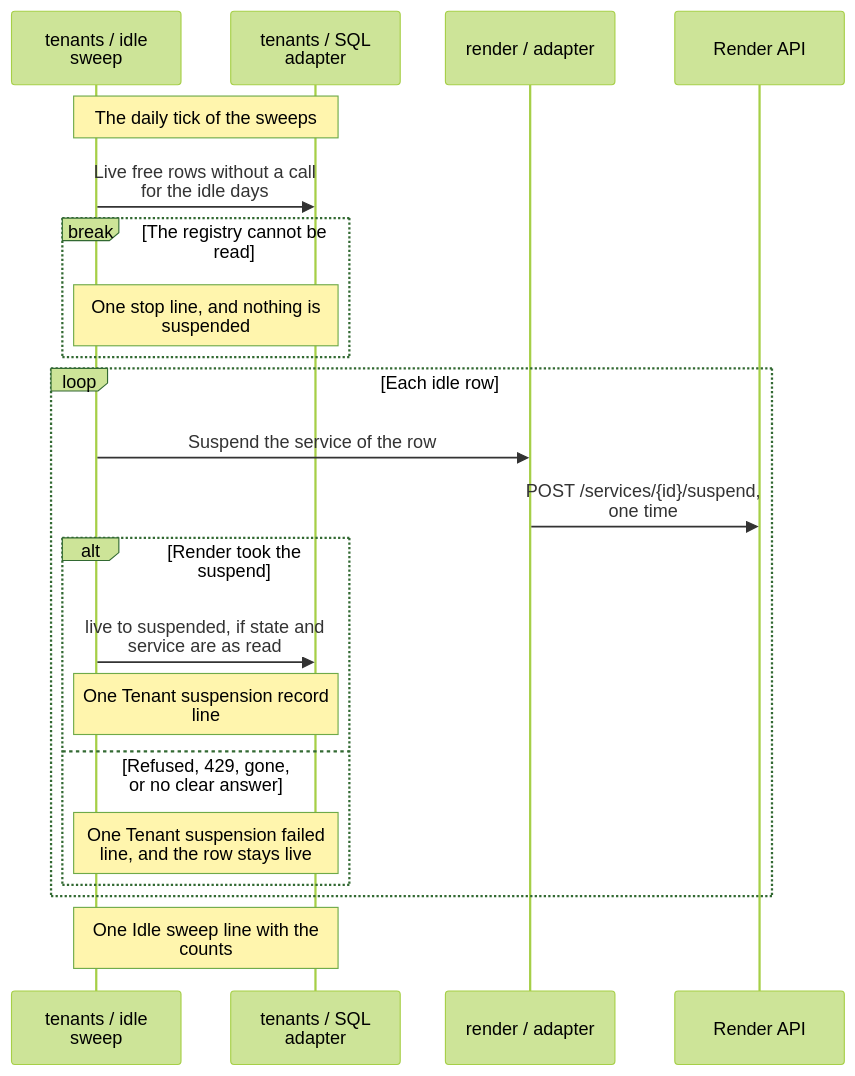
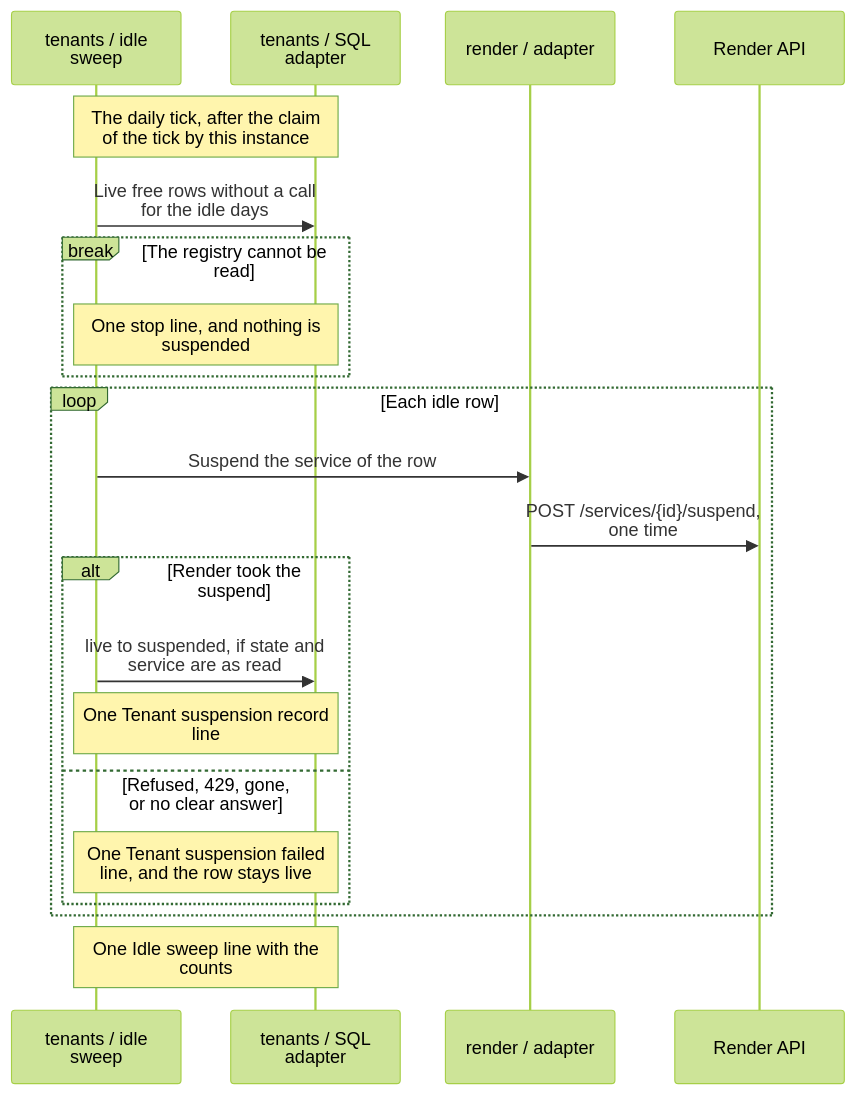
One commit to tomer-mayara/Thermus changed diagram 21 of 24 in architecture/components.md. Above: the diagram before and after it, drawn with Mermaid (forest theme). The commit also changed other lines of this file and 6 other files, not shown here.

First line of the commit message:
Describe the claim of each sweep tick in the registry and the runbooks

````diff
--- a/architecture/components.md
+++ b/architecture/components.md
@@ -1823,24 +1844,24 @@
 ```mermaid
 %%{init: {"sequence": {"wrap": true, "actorMargin": 40, "width": 150}}}%%
 sequenceDiagram
   participant Sweep as tenants / idle sweep
   participant Store as tenants / SQL adapter
   participant Render as render / adapter
   participant API as Render API
-  Note over Sweep,Store: The daily tick of the sweeps
+  Note over Sweep,Store: The daily tick, after the claim of the tick by this instance
   Sweep->>Store: Live free rows without a call for the idle days
   break The registry cannot be read
     Note over Sweep,Store: One stop line, and nothing is suspended
   end
   loop Each idle row
     Sweep->>Render: Suspend the service of the row
     Render->>API: POST /services/{id}/suspend, one time
     alt Render took the suspend
       Sweep->>Store: live to suspended, if state and service are as read
       Note over Sweep,Store: One Tenant suspension record line
     else Refused, 429, gone, or no clear answer
       Note over Sweep,Store: One Tenant suspension failed line, and the row stays live
     end
   end
   Note over Sweep,Store: One Idle sweep line with the counts
 ```
````
